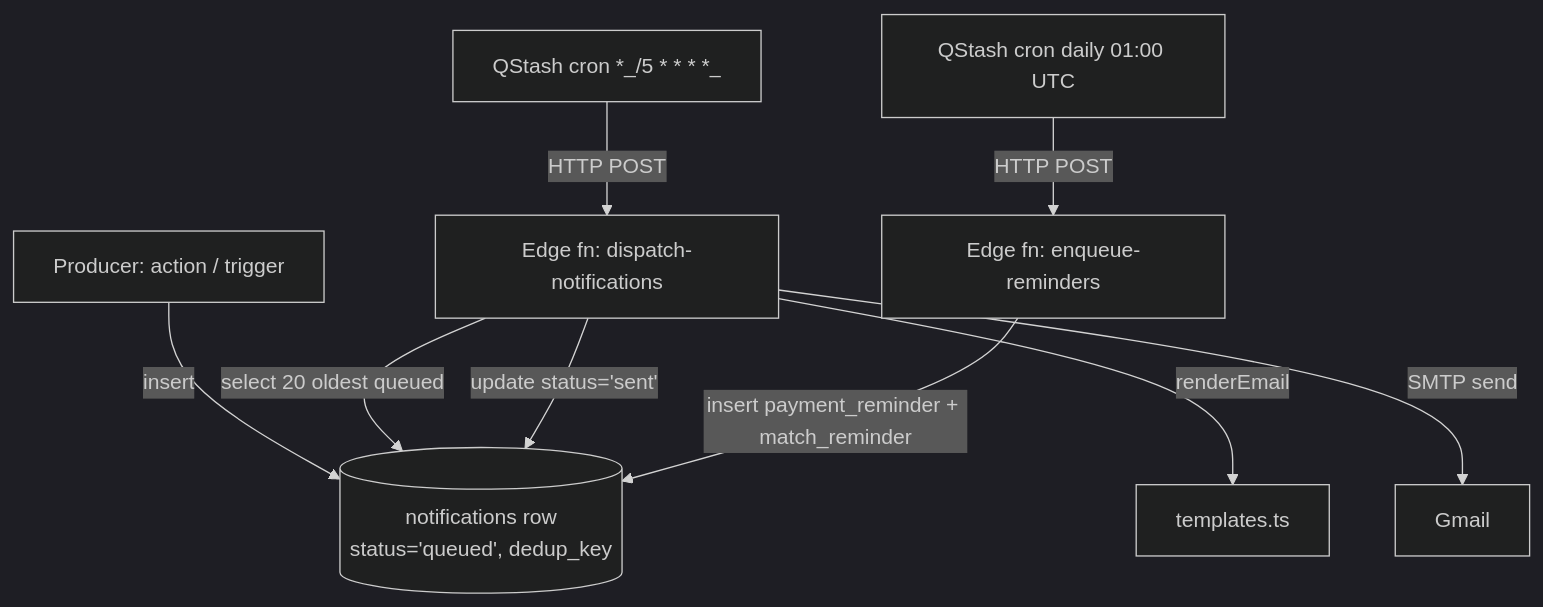
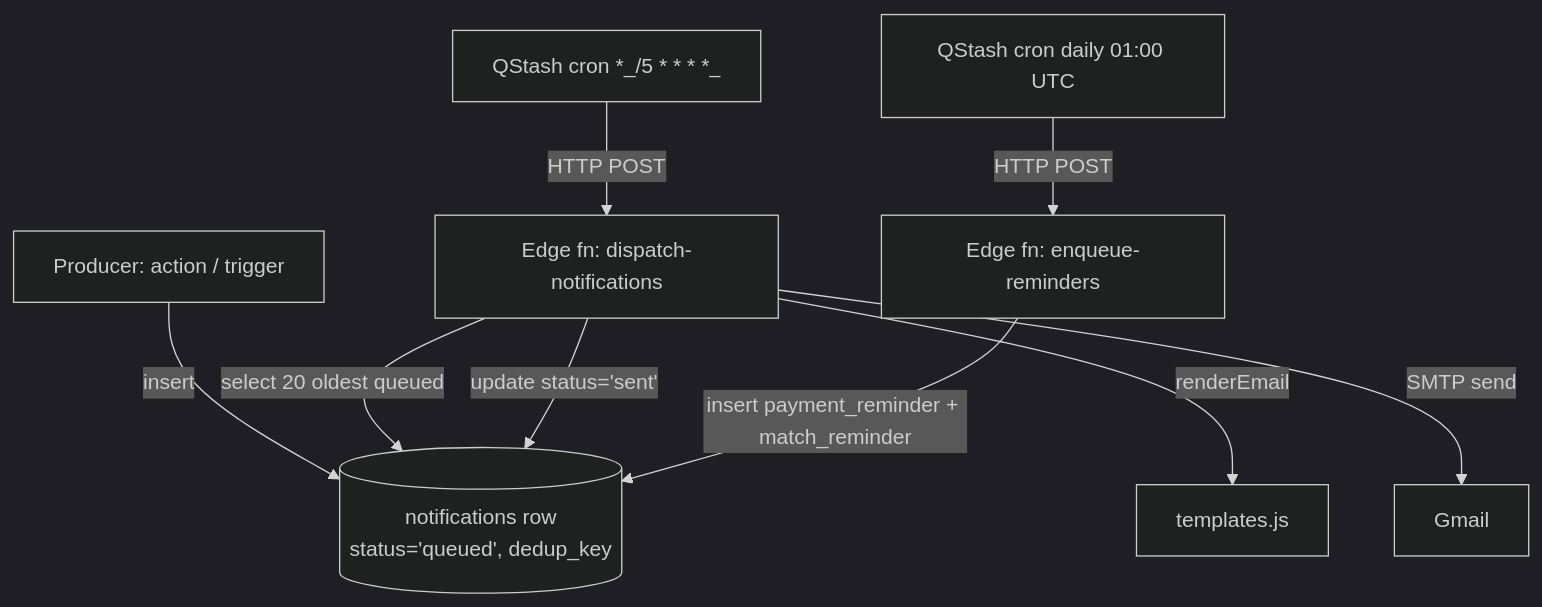
One commit to tiennm99/thethaomammo changed the diagram in docs/system-architecture.md. Above: the diagram before and after it, drawn with Mermaid (dark theme). The commit also changed 9 other files, not shown here.

````diff
--- a/docs/system-architecture.md
+++ b/docs/system-architecture.md
@@ -42,14 +42,14 @@
 ```mermaid
 flowchart TD
   P[Producer: action / trigger]
   P -->|insert| N[(notifications row<br/>status='queued', dedup_key)]
   Q[QStash cron *_/5 * * * *_]
   Q -->|HTTP POST| D[Edge fn: dispatch-notifications]
   D -->|select 20 oldest queued| N
-  D -->|renderEmail| T[templates.ts]
+  D -->|renderEmail| T[templates.js]
   D -->|SMTP send| G[Gmail]
   D -->|update status='sent'| N
   Q2[QStash cron daily 01:00 UTC]
   Q2 -->|HTTP POST| R[Edge fn: enqueue-reminders]
   R -->|insert payment_reminder + match_reminder| N
 ```
````
